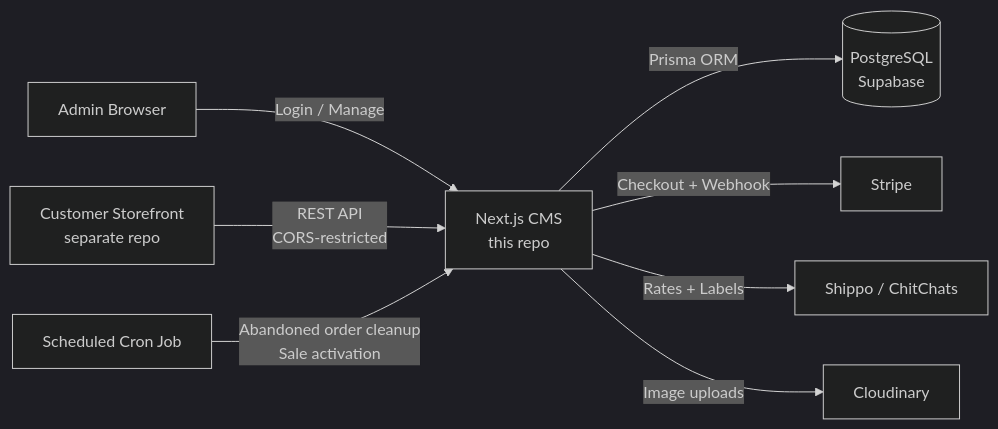
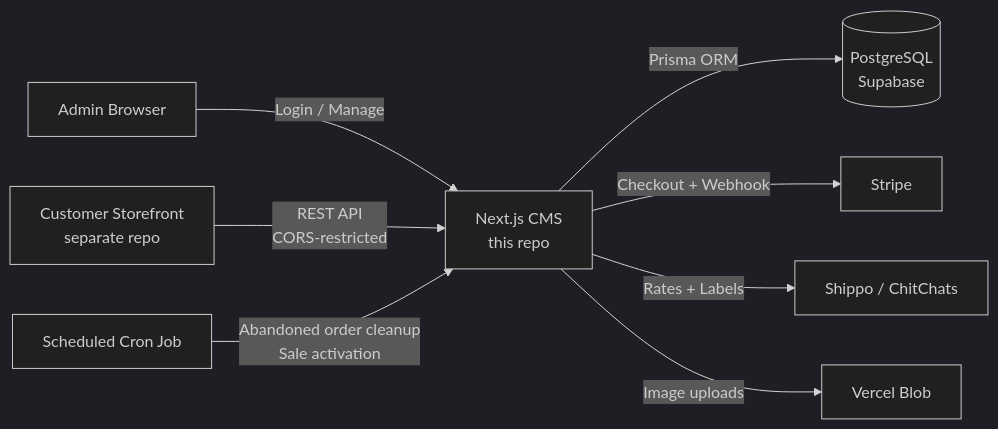
Before and after one commit to macsampson/ecommerce-cms: the diagram in README.md, drawn with Mermaid (dark theme). The commit also changed other lines of this file and 9 other files, not shown here.

First line of the commit message:
Add Vercel Blob image storage, keep Cloudinary as legacy fallback

````diff
--- a/README.md
+++ b/README.md
@@ -80,11 +80,11 @@
 ```mermaid
 flowchart LR
     Admin[Admin Browser] -->|Login / Manage| CMS[Next.js CMS<br/>this repo]
     Storefront[Customer Storefront<br/>separate repo] -->|REST API<br/>CORS-restricted| CMS
 
     CMS -->|Prisma ORM| DB[(PostgreSQL<br/>Supabase)]
     CMS -->|Checkout + Webhook| Stripe[Stripe]
     CMS -->|Rates + Labels| Shippo[Shippo / ChitChats]
-    CMS -->|Image uploads| Cloudinary[Cloudinary]
+    CMS -->|Image uploads| Blob[Vercel Blob]
     Cron[Scheduled Cron Job] -->|Abandoned order cleanup<br/>Sale activation| CMS
 ```
````
